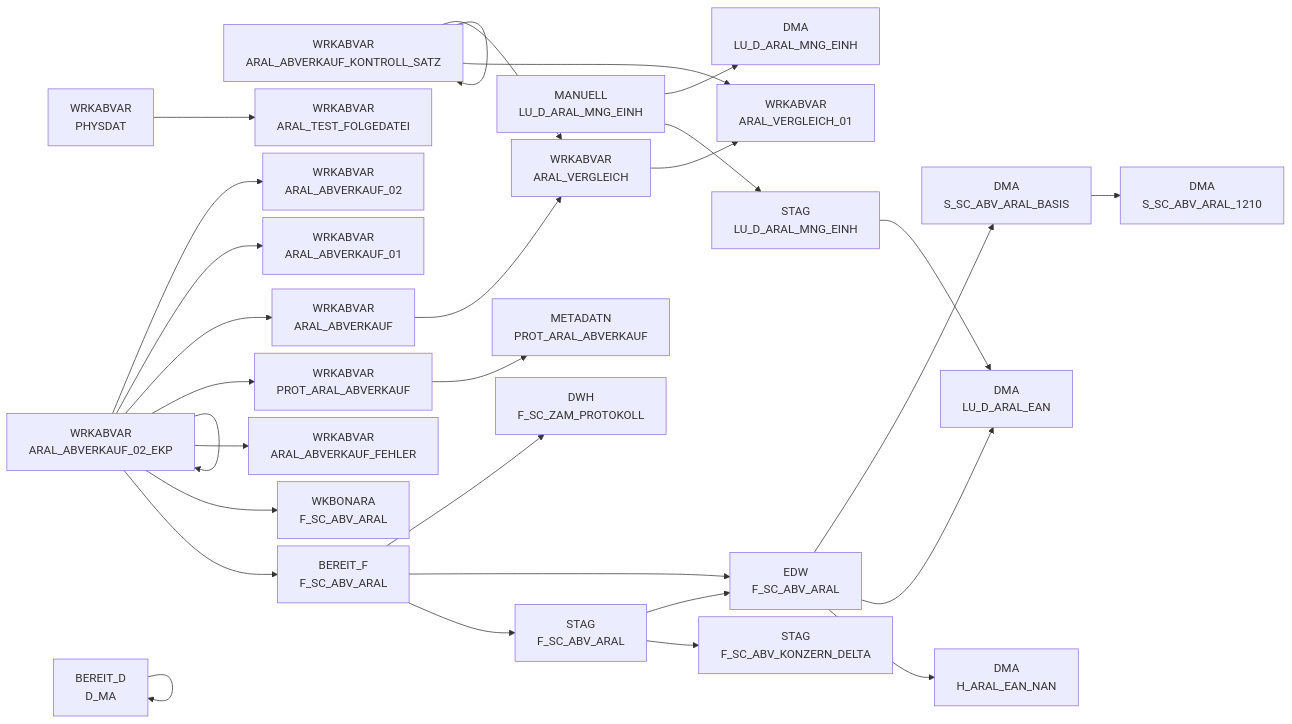
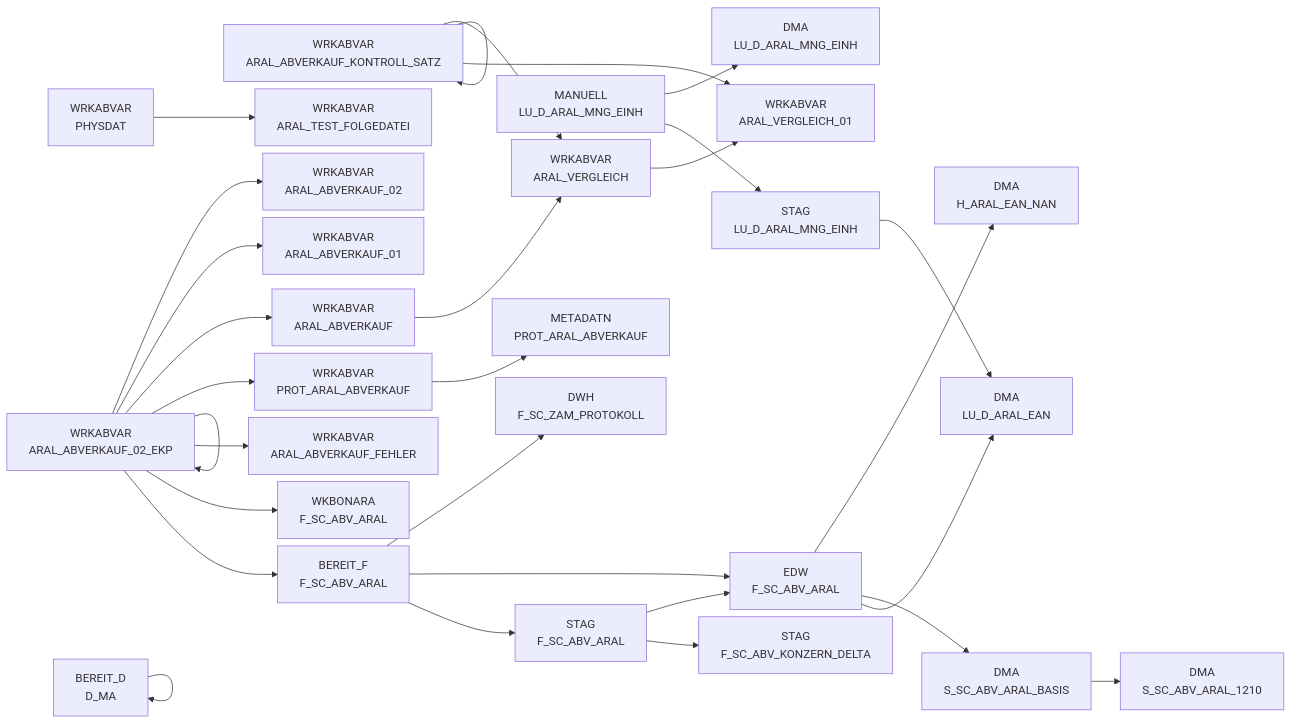
One commit to integration-factory-de/sas_code_docs changed the diagram in docs/Applications/DWABVARAL/index.md. Above: the diagram before and after it, drawn with Mermaid. The commit also changed other lines of this file and 129 other files, not shown here.

````diff
--- a/docs/Applications/DWABVARAL/index.md
+++ b/docs/Applications/DWABVARAL/index.md
@@ -32,6 +47,7 @@
 
 flowchart LR
 
+  EDW.F_SC_ABV_ARAL["EDW<br/>F_SC_ABV_ARAL"] --> DMA.H_ARAL_EAN_NAN["DMA<br/>H_ARAL_EAN_NAN"]
   WRKABVAR.ARAL_ABVERKAUF_KONTROLL_SATZ["WRKABVAR<br/>ARAL_ABVERKAUF_KONTROLL_SATZ"] --> WRKABVAR.ARAL_VERGLEICH["WRKABVAR<br/>ARAL_VERGLEICH"]
   WRKABVAR.ARAL_VERGLEICH["WRKABVAR<br/>ARAL_VERGLEICH"] --> WRKABVAR.ARAL_VERGLEICH_01["WRKABVAR<br/>ARAL_VERGLEICH_01"]
   BEREIT_D.D_MA["BEREIT_D<br/>D_MA"] --> BEREIT_D.D_MA["BEREIT_D<br/>D_MA"]
@@ -59,7 +75,7 @@
   WRKABVAR.ARAL_ABVERKAUF_KONTROLL_SATZ["WRKABVAR<br/>ARAL_ABVERKAUF_KONTROLL_SATZ"] --> WRKABVAR.ARAL_VERGLEICH_01["WRKABVAR<br/>ARAL_VERGLEICH_01"]
   WRKABVAR.ARAL_ABVERKAUF_02_EKP["WRKABVAR<br/>ARAL_ABVERKAUF_02_EKP"] --> BEREIT_F.F_SC_ABV_ARAL["BEREIT_F<br/>F_SC_ABV_ARAL"]
   BEREIT_F.F_SC_ABV_ARAL["BEREIT_F<br/>F_SC_ABV_ARAL"] --> STAG.F_SC_ABV_ARAL["STAG<br/>F_SC_ABV_ARAL"]
-  EDW.F_SC_ABV_ARAL["EDW<br/>F_SC_ABV_ARAL"] --> DMA.H_ARAL_EAN_NAN["DMA<br/>H_ARAL_EAN_NAN"]
+  click EDW.F_SC_ABV_ARAL "../../tables/EDW/F_SC_ABV_ARAL"
   click WRKABVAR.ARAL_ABVERKAUF_KONTROLL_SATZ "../../tables/WRKABVAR/ARAL_ABVERKAUF_KONTROLL_SATZ"
   click WRKABVAR.ARAL_VERGLEICH "../../tables/WRKABVAR/ARAL_VERGLEICH"
   click BEREIT_D.D_MA "../../tables/BEREIT_D/D_MA"
@@ -87,7 +103,8 @@
   click WRKABVAR.ARAL_ABVERKAUF_KONTROLL_SATZ "../../tables/WRKABVAR/ARAL_ABVERKAUF_KONTROLL_SATZ"
   click WRKABVAR.ARAL_ABVERKAUF_02_EKP "../../tables/WRKABVAR/ARAL_ABVERKAUF_02_EKP"
   click BEREIT_F.F_SC_ABV_ARAL "../../tables/BEREIT_F/F_SC_ABV_ARAL"
-  click EDW.F_SC_ABV_ARAL "../../tables/EDW/F_SC_ABV_ARAL"
+  click MANUELL.LU_D_ARAL_MNG_EINH "../../tables/MANUELL/LU_D_ARAL_MNG_EINH"
+  click DMA.H_ARAL_EAN_NAN "../../tables/DMA/H_ARAL_EAN_NAN"
   click WRKABVAR.ARAL_VERGLEICH "../../tables/WRKABVAR/ARAL_VERGLEICH"
   click WRKABVAR.ARAL_VERGLEICH_01 "../../tables/WRKABVAR/ARAL_VERGLEICH_01"
   click BEREIT_D.D_MA "../../tables/BEREIT_D/D_MA"
@@ -117,6 +134,4 @@
   click WRKABVAR.ARAL_VERGLEICH_01 "../../tables/WRKABVAR/ARAL_VERGLEICH_01"
   click BEREIT_F.F_SC_ABV_ARAL "../../tables/BEREIT_F/F_SC_ABV_ARAL"
   click STAG.F_SC_ABV_ARAL "../../tables/STAG/F_SC_ABV_ARAL"
-  click MANUELL.LU_D_ARAL_MNG_EINH "../../tables/MANUELL/LU_D_ARAL_MNG_EINH"
-  click DMA.H_ARAL_EAN_NAN "../../tables/DMA/H_ARAL_EAN_NAN"
 ```
````
